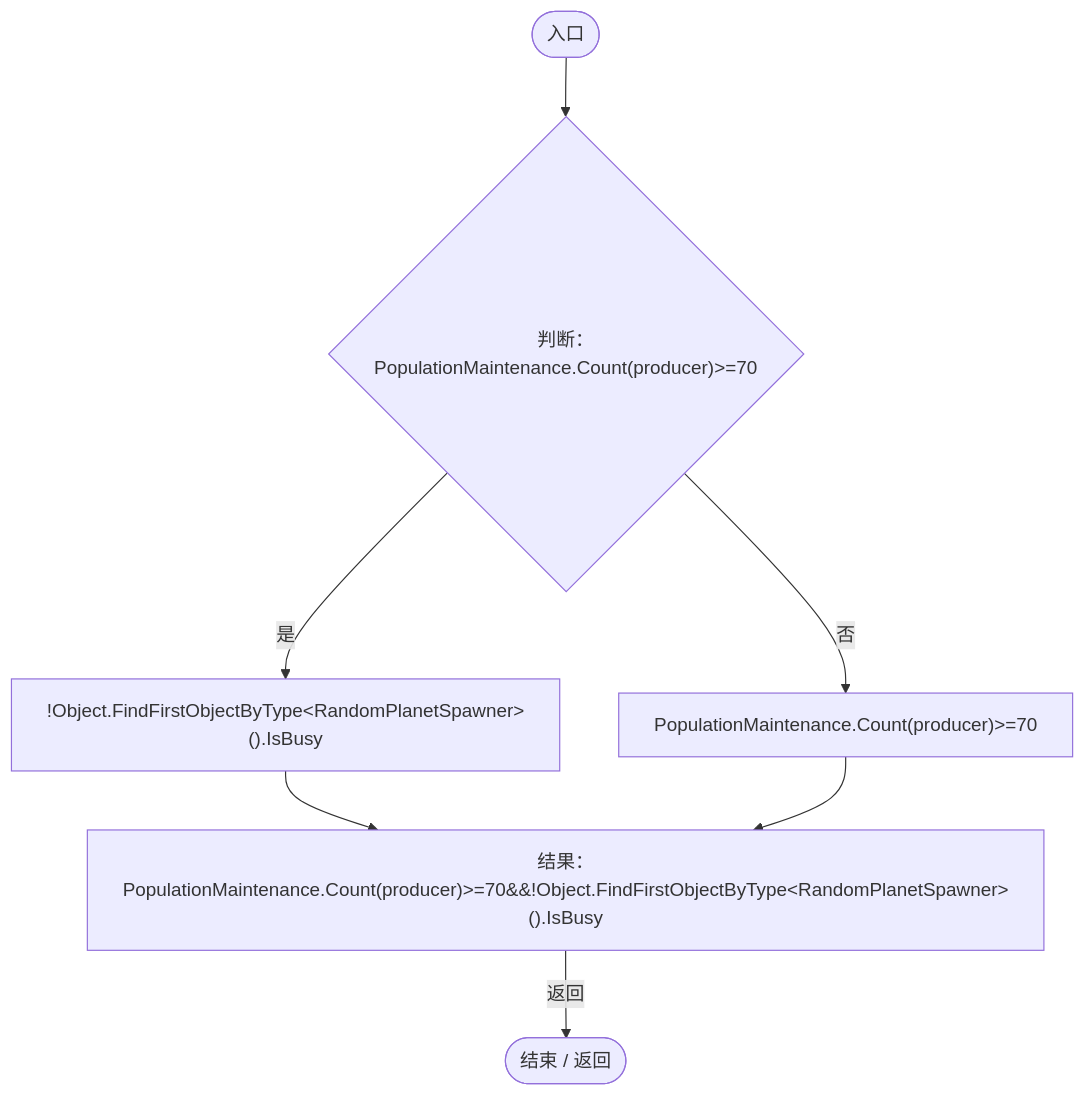
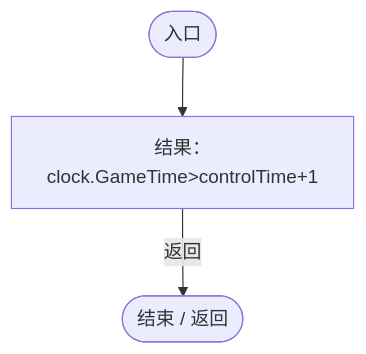
One commit to xhs6666/Darwin_paradise changed diagram 25 of 51 in Docs/运行流程图/脚本/9386360ce717a3bf.md. Above: the diagram before and after it, drawn with Mermaid. The commit also changed other lines of this file and 114 other files, not shown here.

First line of the commit message:
Make population ratio control optional and retire automatic refill

````diff
--- a/Docs/运行流程图/脚本/9386360ce717a3bf.md
+++ b/Docs/运行流程图/脚本/9386360ce717a3bf.md
@@ -1013,16 +1030,9 @@
 ```mermaid
 flowchart TD
   b0(["入口"])
-  b1{"判断：PopulationMaintenance.Count(producer)&gt;=70"}
-  b2["!Object.FindFirstObjectByType&lt;RandomPlanetSpawner&gt;().IsBusy"]
-  b3["PopulationMaintenance.Count(producer)&gt;=70"]
-  b4["结果：PopulationMaintenance.Count(producer)&gt;=70&amp;&amp;!Object.FindFirstObjectByType&lt;RandomPlanetSpawner&gt;().IsBusy"]
-  b5(["结束 / 返回"])
+  b1["结果：clock.GameTime&gt;controlTime+1"]
+  b2(["结束 / 返回"])
   b0 --> b1
-  b1 -->|"是"| b2
-  b1 -->|"否"| b3
-  b2 --> b4
-  b3 --> b4
-  b4 -->|"返回"| b5
+  b1 -->|"返回"| b2
 
 ```
````
